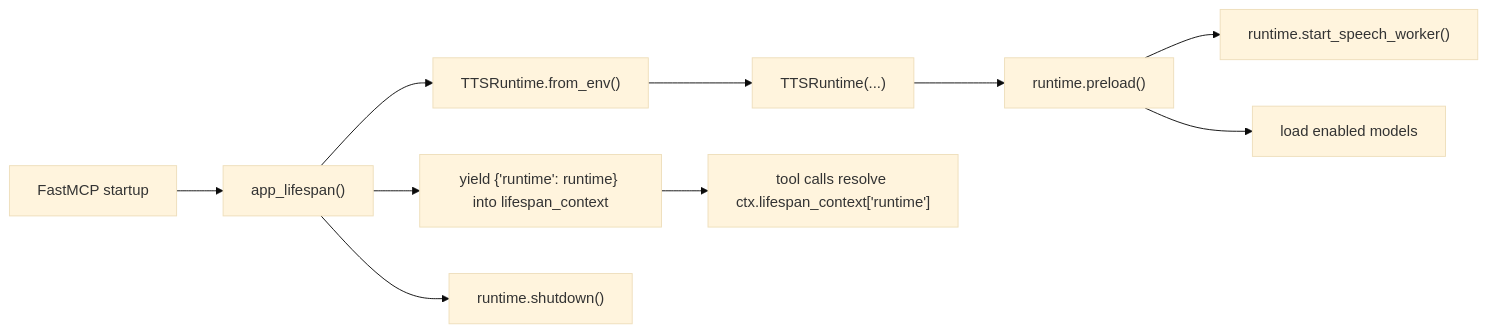
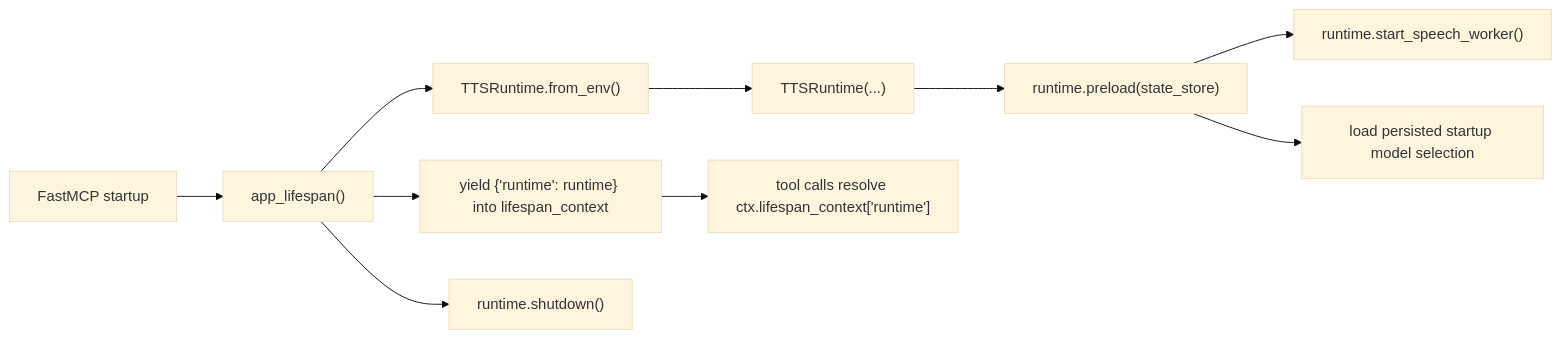
One commit to gaelic-ghost/speak-to-user changed the first of 9 diagrams in WORKFLOWS.md. Above: the diagram before and after it, drawn with Mermaid (base theme). The commit also changed other lines of this file and 6 other files, not shown here.

Commit message:
Add runtime model management tools

````diff
--- a/WORKFLOWS.md
+++ b/WORKFLOWS.md
@@ -7,12 +7,12 @@
 ```mermaid
 flowchart LR
     A["FastMCP startup"] --> B["app_lifespan()"]
     B --> C["TTSRuntime.from_env()"]
     C --> D["TTSRuntime(...)"]
-    D --> E["runtime.preload()"]
+    D --> E["runtime.preload(state_store)"]
     E --> F["runtime.start_speech_worker()"]
-    E --> G["load enabled models"]
+    E --> G["load persisted startup model selection"]
     B --> H["yield {'runtime': runtime} into lifespan_context"]
     H --> I["tool calls resolve ctx.lifespan_context['runtime']"]
     B --> J["runtime.shutdown()"]
 ```
````
